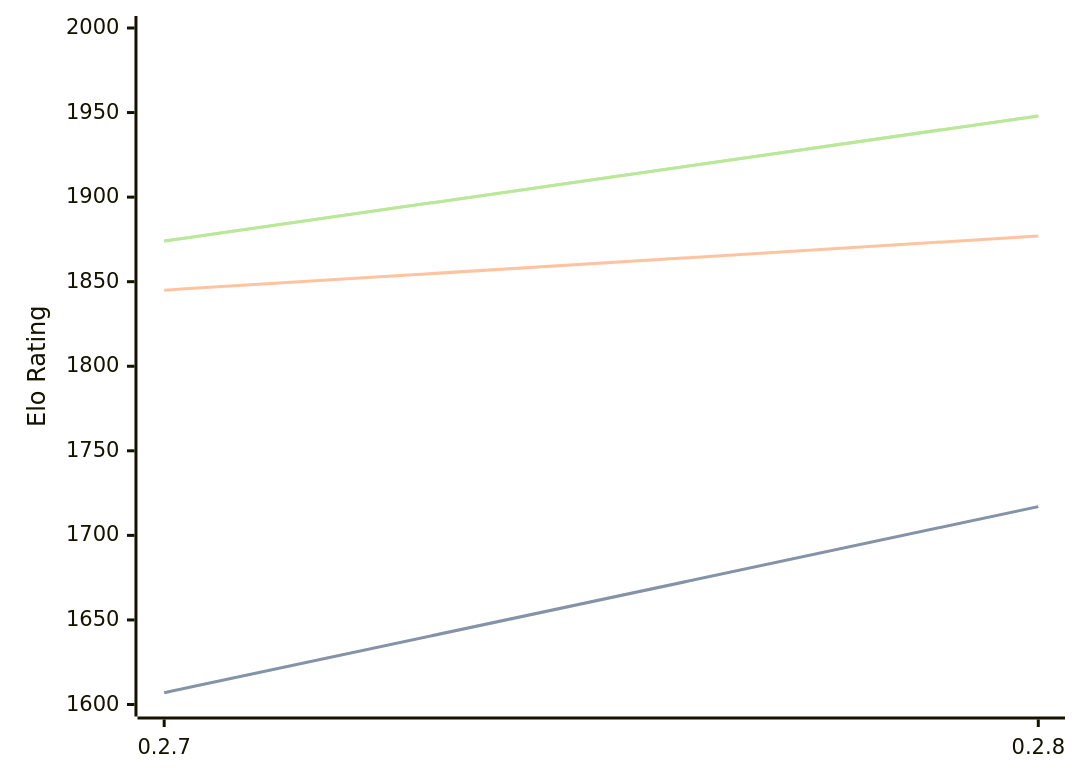
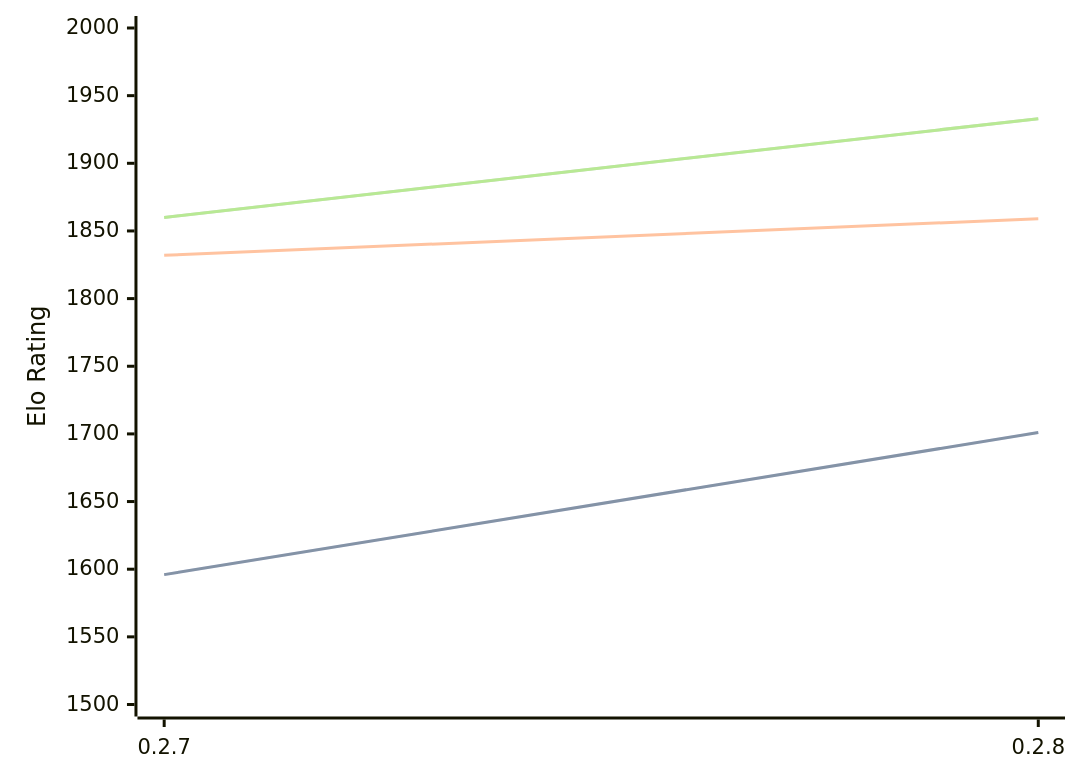
One commit to computer-chess-index/cci changed the diagram in engines/Dual.md. Above: the diagram before and after it, drawn with Mermaid. The commit also changed other lines of this file, not shown here.

Commit message:
Update CCI Ratings (ELO VLTC) - 2026-05-20

````diff
--- a/engines/Dual.md
+++ b/engines/Dual.md
@@ -40,11 +41,11 @@
 ```mermaid
 %%{init: {"theme":"base","themeVariables":{"seriesColors:['#a3a3a3','#222221','#faa371']}}}%%
 xychart-beta
   x-axis ["0.2.7", "0.2.8"]
-  y-axis "Elo Rating" 1600 --> 2000
-  line "STC (8.0+0.08s)" [1607, 1717]
-  line "STC (8.0+0.08s)" [1607, 1717]
-  line "LTC (60.0+0.60s)" [1845, 1877]
-  line "VLTC (2m24s+1.12s)" [1874, 1948]
-  line "VLTC (2m24s+1.12s)" [1874, 1948]
+  y-axis "Elo Rating" 1500 --> 2000
+  line "STC (8.0+0.08s)" [1596, 1701]
+  line "STC (8.0+0.08s)" [1596, 1701]
+  line "LTC (60.0+0.60s)" [1832, 1859]
+  line "VLTC (2m24s+1.12s)" [1860, 1933]
+  line "VLTC (2m24s+1.12s)" [1860, 1933]
 ```
````
